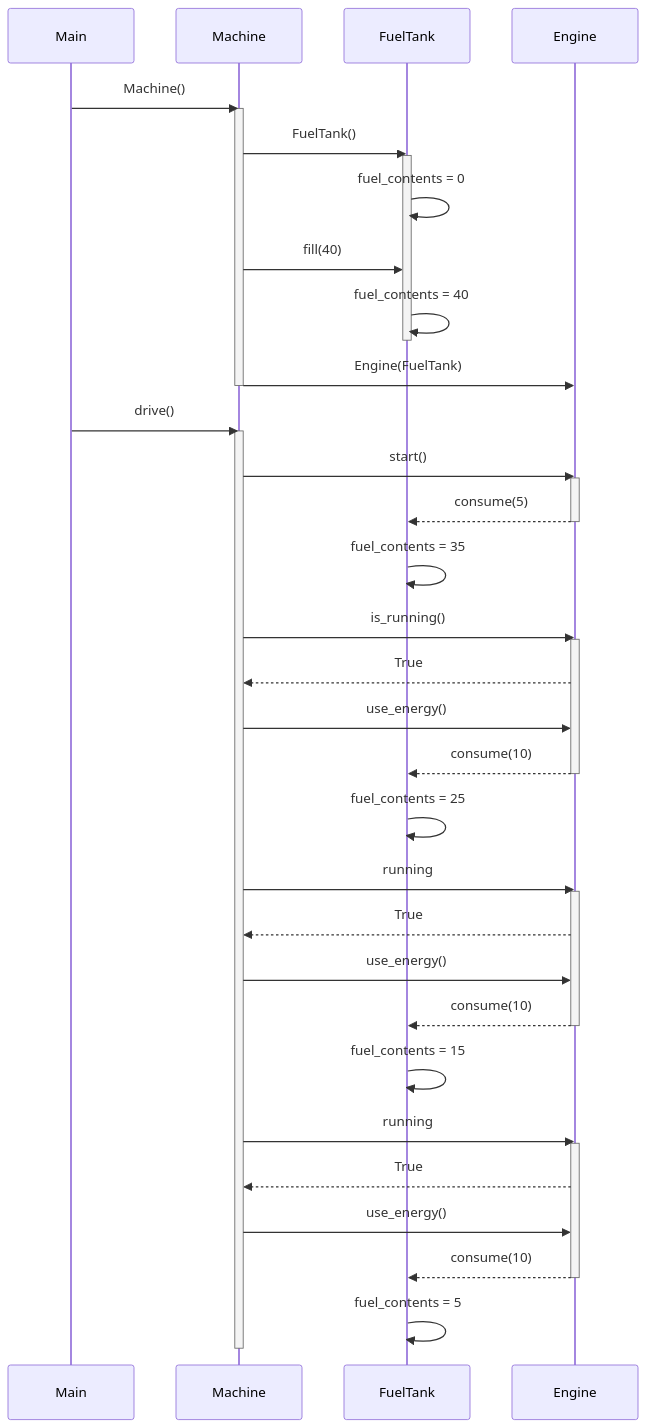
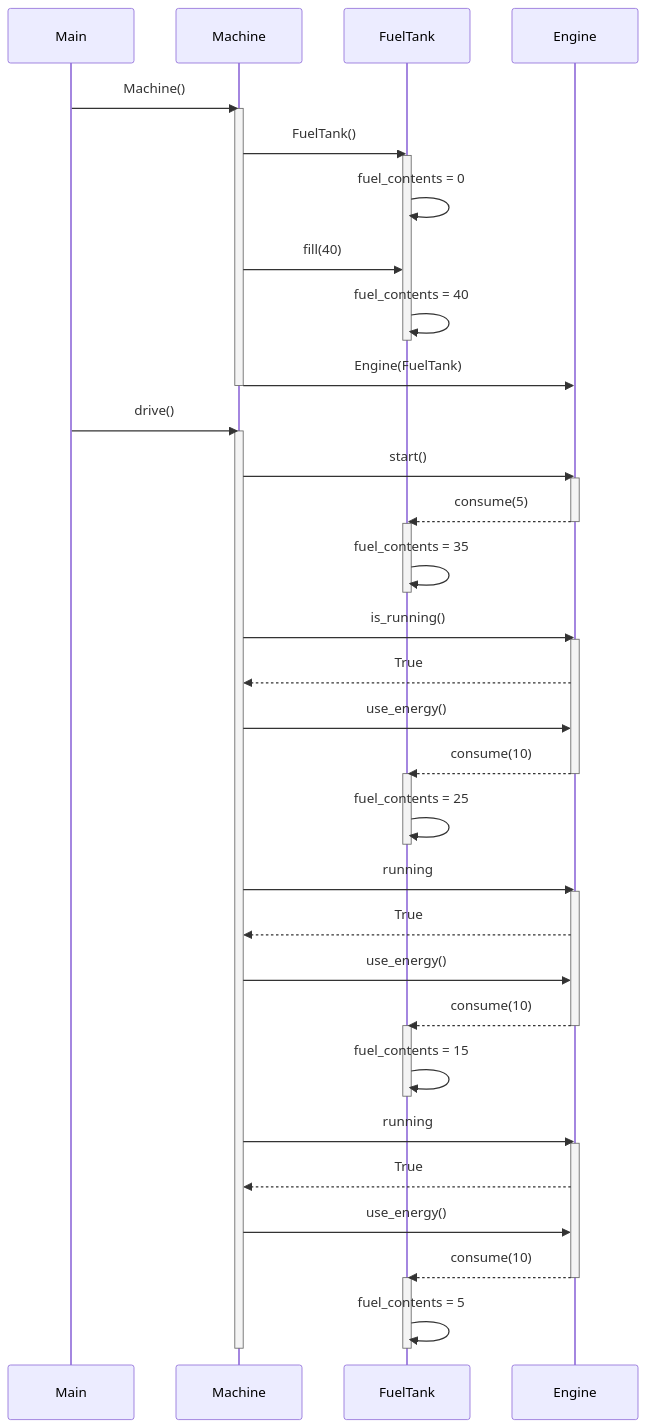
Before and after one commit to n0spoon/ot-harjoitustyo: the diagram in laskarit/viikko3/machine-sequence.md, drawn with Mermaid.

Commit message:
Exercise 3: Refining diagram machine-sequence.md

````diff
--- a/laskarit/viikko3/machine-sequence.md
+++ b/laskarit/viikko3/machine-sequence.md
@@ -1,42 +1,50 @@
 ```mermaid
  sequenceDiagram
      Main->>Machine: Machine()
      activate Machine
      Machine->>FuelTank: FuelTank()
      activate FuelTank
      FuelTank->>FuelTank: fuel_contents = 0
      Machine->>FuelTank: fill(40)
      FuelTank->>FuelTank: fuel_contents = 40
      deactivate FuelTank
      Machine->>Engine: Engine(FuelTank)
      deactivate Machine
      Main->>Machine: drive()
      activate Machine
      Machine->>Engine: start()
      activate Engine
      Engine-->>FuelTank: consume(5)
      deactivate Engine
+     activate FuelTank
      FuelTank->>FuelTank: fuel_contents = 35
+     deactivate FuelTank
      Machine->>Engine: is_running()
      activate Engine
      Engine-->>Machine: True
      Machine->>Engine: use_energy()
      Engine-->>FuelTank: consume(10)
+     activate FuelTank
      deactivate Engine
      FuelTank->>FuelTank: fuel_contents = 25
+     deactivate FuelTank
      Machine->>Engine: running
      activate Engine
      Engine-->>Machine: True
      Machine->>Engine: use_energy()
      Engine-->>FuelTank: consume(10)
+     activate FuelTank
      deactivate Engine
      FuelTank->>FuelTank: fuel_contents = 15
+     deactivate FuelTank
      Machine->>Engine: running
      activate Engine
      Engine-->>Machine: True
      Machine->>Engine: use_energy()
      Engine-->>FuelTank: consume(10)
+     activate FuelTank
      deactivate Engine
      FuelTank->>FuelTank: fuel_contents = 5
+     deactivate FuelTank
      deactivate Machine
 ```
````
